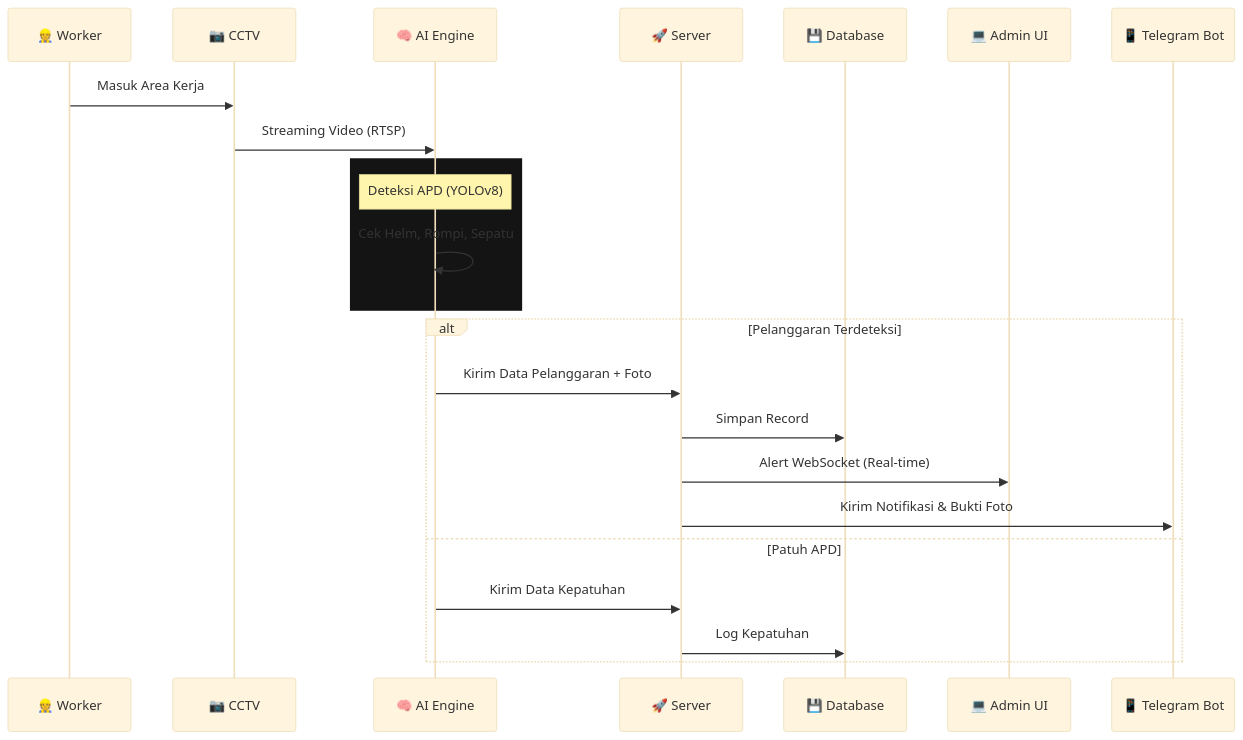
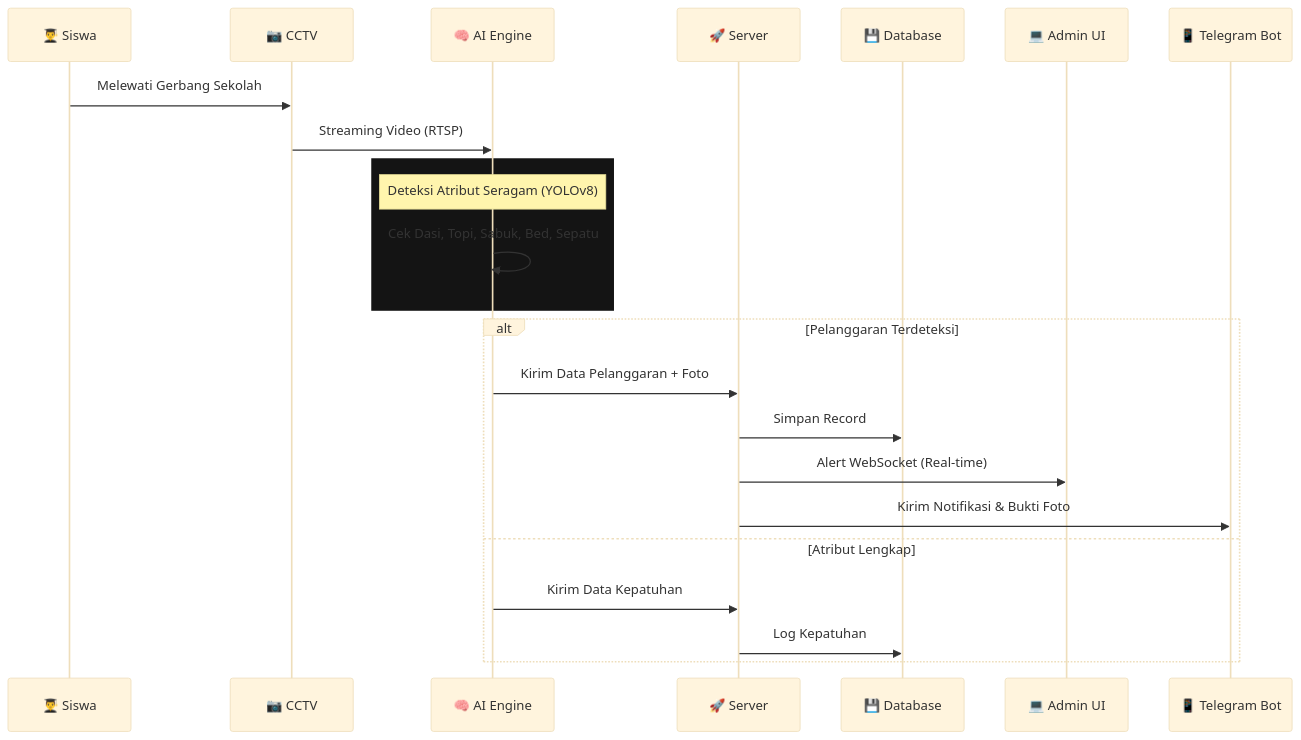
The first of 2 diagrams in README.md (yhyaa294/sirapi-by-smanero), drawn with Mermaid (base theme) before and after one commit. The commit also changed other lines of this file and 187 other files, not shown here.

````diff
--- a/README.md
+++ b/README.md
@@ -26,28 +26,28 @@
 ```mermaid
 sequenceDiagram
-    participant Worker as 👷 Worker
+    participant Student as 👨‍🎓 Siswa
     participant CCTV as 📷 CCTV
     participant AI as 🧠 AI Engine
     participant Backend as 🚀 Server
     participant DB as 💾 Database
     participant Dashboard as 💻 Admin UI
     participant TG as 📱 Telegram Bot
 
-    Worker->>CCTV: Masuk Area Kerja
+    Student->>CCTV: Melewati Gerbang Sekolah
     CCTV->>AI: Streaming Video (RTSP)
     
     rect rgb(20, 20, 20)
-        Note over AI: Deteksi APD (YOLOv8)
-        AI->>AI: Cek Helm, Rompi, Sepatu
+        Note over AI: Deteksi Atribut Seragam (YOLOv8)
+        AI->>AI: Cek Dasi, Topi, Sabuk, Bed, Sepatu
     end
 
     alt Pelanggaran Terdeteksi
         AI->>Backend: Kirim Data Pelanggaran + Foto
         Backend->>DB: Simpan Record
         Backend->>Dashboard: Alert WebSocket (Real-time)
         Backend->>TG: Kirim Notifikasi & Bukti Foto
-    else Patuh APD
+    else Atribut Lengkap
         AI->>Backend: Kirim Data Kepatuhan
         Backend->>DB: Log Kepatuhan
     end
 ```
````
